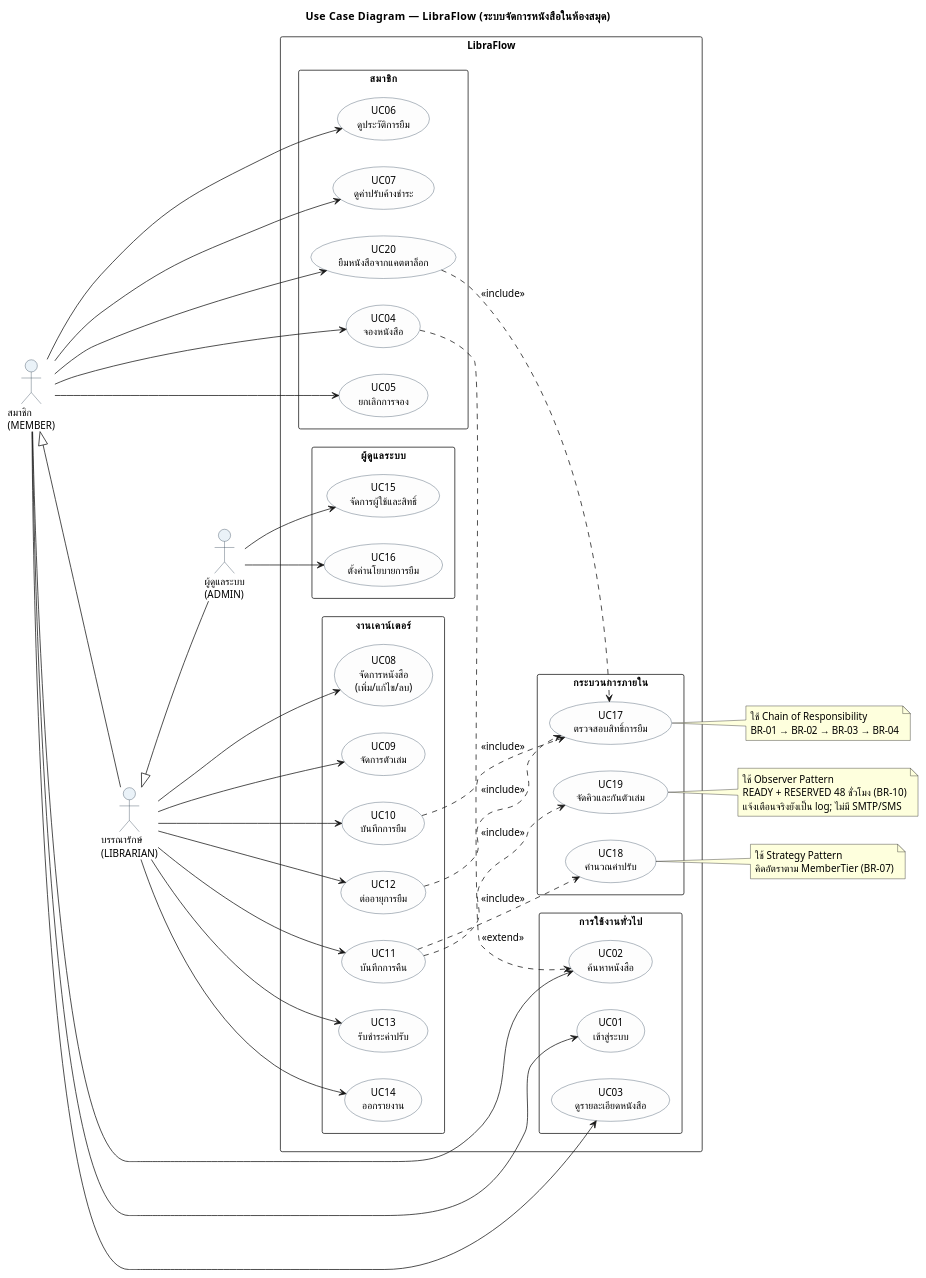
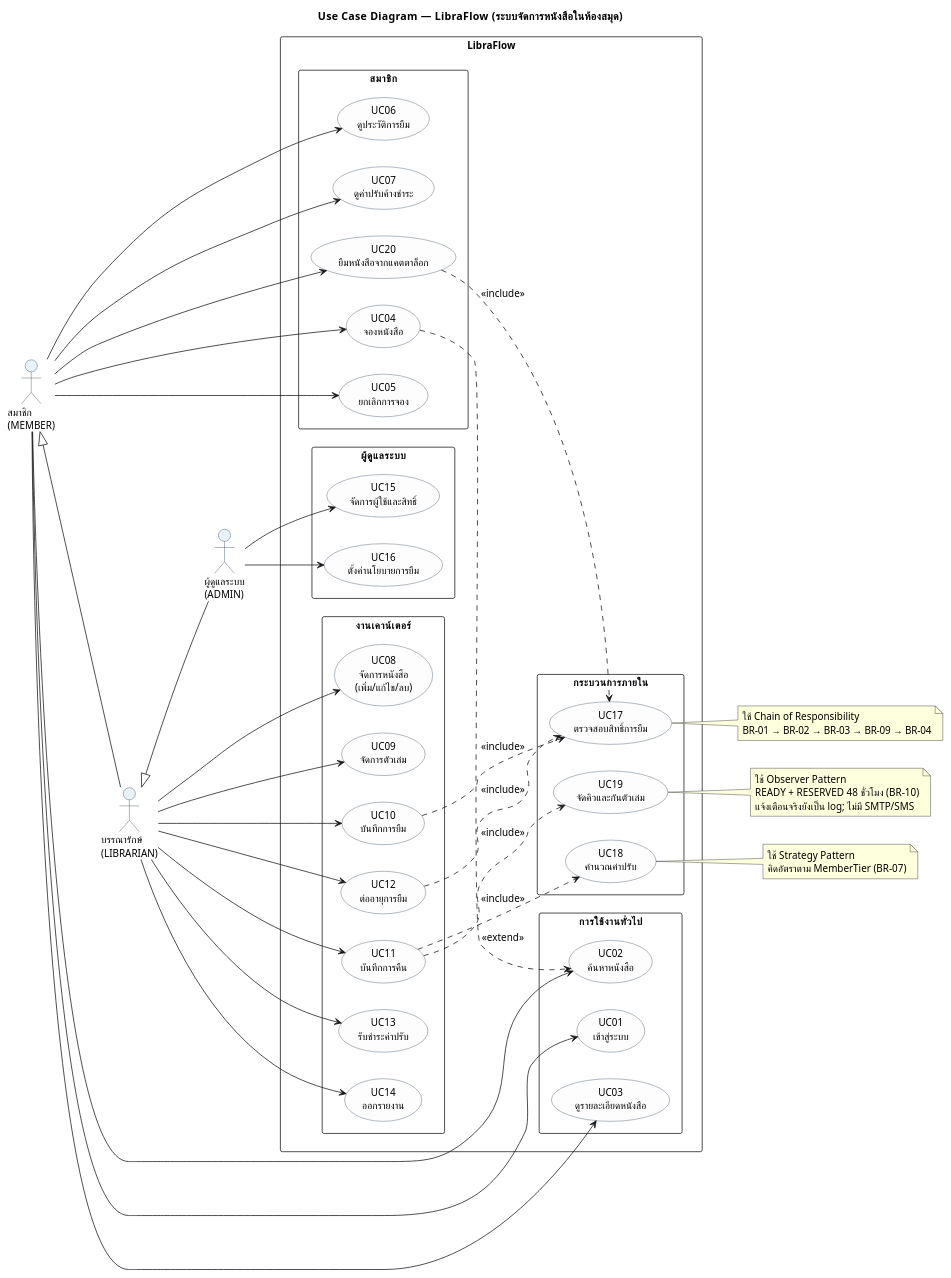
The diagram in doc/diagrams/01-use-case.puml (boatrocl/library_book_management), drawn with PlantUML before and after one commit. The commit also changed 5 other files, not shown here.

```diff
--- a/doc/diagrams/01-use-case.puml
+++ b/doc/diagrams/01-use-case.puml
@@ -1,106 +1,106 @@
 @startuml 01-use-case
 title Use Case Diagram — LibraFlow (ระบบจัดการหนังสือในห้องสมุด)
 
 skinparam defaultFontName "Tahoma"
 skinparam defaultFontSize 13
 skinparam shadowing false
 skinparam packageStyle rectangle
 skinparam usecase {
   BackgroundColor #FDFDFD
   BorderColor #34495E
 }
 skinparam actor {
   BackgroundColor #EAF2F8
   BorderColor #2E4053
 }
 left to right direction
 
 actor "สมาชิก\n(MEMBER)" as MEMBER
 actor "บรรณารักษ์\n(LIBRARIAN)" as LIBRARIAN
 actor "ผู้ดูแลระบบ\n(ADMIN)" as ADMIN
 
 MEMBER <|-- LIBRARIAN
 LIBRARIAN <|-- ADMIN
 
 rectangle "LibraFlow" {
 
   package "การใช้งานทั่วไป" {
     usecase "UC01\nเข้าสู่ระบบ" as UC01
     usecase "UC02\nค้นหาหนังสือ" as UC02
     usecase "UC03\nดูรายละเอียดหนังสือ" as UC03
   }
 
   package "สมาชิก" {
     usecase "UC04\nจองหนังสือ" as UC04
     usecase "UC05\nยกเลิกการจอง" as UC05
     usecase "UC06\nดูประวัติการยืม" as UC06
     usecase "UC07\nดูค่าปรับค้างชำระ" as UC07
     usecase "UC20\nยืมหนังสือจากแคตตาล็อก" as UC20
   }
 
   package "งานเคาน์เตอร์" {
     usecase "UC08\nจัดการหนังสือ\n(เพิ่ม/แก้ไข/ลบ)" as UC08
     usecase "UC09\nจัดการตัวเล่ม" as UC09
     usecase "UC10\nบันทึกการยืม" as UC10
     usecase "UC11\nบันทึกการคืน" as UC11
     usecase "UC12\nต่ออายุการยืม" as UC12
     usecase "UC13\nรับชำระค่าปรับ" as UC13
     usecase "UC14\nออกรายงาน" as UC14
   }
 
   package "ผู้ดูแลระบบ" {
     usecase "UC15\nจัดการผู้ใช้และสิทธิ์" as UC15
     usecase "UC16\nตั้งค่านโยบายการยืม" as UC16
   }
 
   package "กระบวนการภายใน" {
     usecase "UC17\nตรวจสอบสิทธิ์การยืม" as UC17
     usecase "UC18\nคำนวณค่าปรับ" as UC18
     usecase "UC19\nจัดคิวและกันตัวเล่ม" as UC19
   }
 }
 
 MEMBER --> UC01
 MEMBER --> UC02
 MEMBER --> UC03
 MEMBER --> UC04
 MEMBER --> UC05
 MEMBER --> UC06
 MEMBER --> UC07
 MEMBER --> UC20
 
 LIBRARIAN --> UC08
 LIBRARIAN --> UC09
 LIBRARIAN --> UC10
 LIBRARIAN --> UC11
 LIBRARIAN --> UC12
 LIBRARIAN --> UC13
 LIBRARIAN --> UC14
 
 ADMIN --> UC15
 ADMIN --> UC16
 
 UC10 ..> UC17 : <<include>>
 UC20 ..> UC17 : <<include>>
 UC11 ..> UC18 : <<include>>
 UC11 ..> UC19 : <<include>>
 UC12 ..> UC17 : <<include>>
 UC04 ..> UC02 : <<extend>>
 
 note right of UC17
   ใช้ Chain of Responsibility
-  BR-01 → BR-02 → BR-03 → BR-04
+  BR-01 → BR-02 → BR-03 → BR-09 → BR-04
 end note
 
 note right of UC18
   ใช้ Strategy Pattern
   คิดอัตราตาม MemberTier (BR-07)
 end note
 
 note right of UC19
   ใช้ Observer Pattern
   READY + RESERVED 48 ชั่วโมง (BR-10)
   แจ้งเตือนจริงยังเป็น log; ไม่มี SMTP/SMS
 end note
 
 @enduml
```
